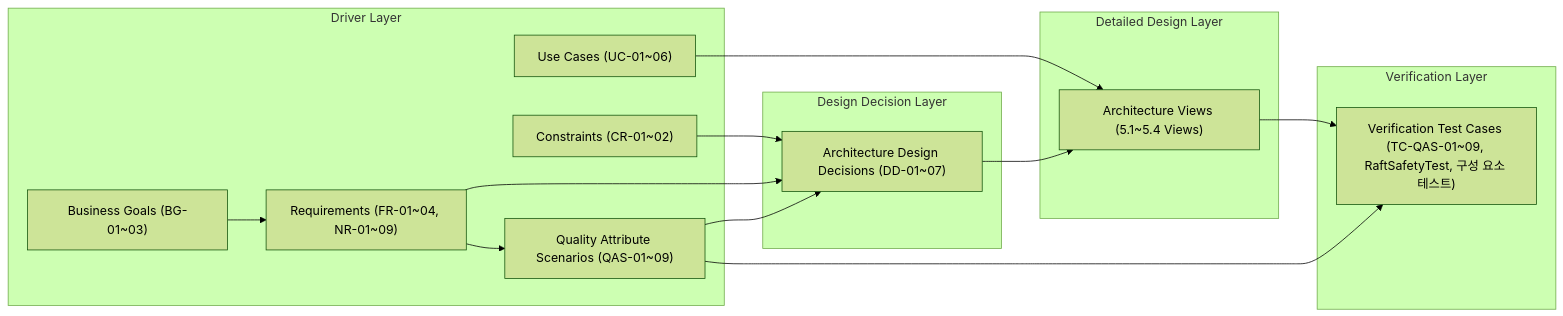
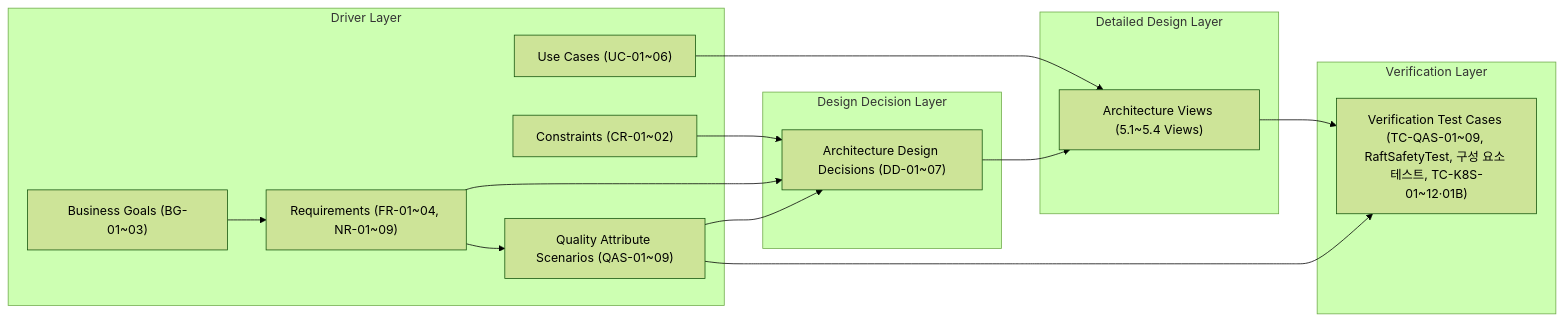
The diagram in ArchitectureSpecification/6. Architecture Evaluation/6.1 Traceability Summary.md (reddiana/a-cert), drawn with Mermaid (forest theme) before and after one commit. The commit also changed other lines of this file and 38 other files, not shown here.

````diff
--- a/ArchitectureSpecification/6. Architecture Evaluation/6.1 Traceability Summary.md
+++ b/ArchitectureSpecification/6. Architecture Evaluation/6.1 Traceability Summary.md
@@ -7,32 +7,32 @@
 ```mermaid
 flowchart LR
     subgraph "Driver Layer"
         BG["Business Goals (BG-01~03)"]
         CR["Constraints (CR-01~02)"]
         REQ["Requirements (FR-01~04, NR-01~09)"]
         UC["Use Cases (UC-01~06)"]
         QAS["Quality Attribute Scenarios (QAS-01~09)"]
     end
 
     subgraph "Design Decision Layer"
         DD["Architecture Design Decisions (DD-01~07)"]
     end
 
     subgraph "Detailed Design Layer"
         VIEWS["Architecture Views (5.1~5.4 Views)"]
     end
 
     subgraph "Verification Layer"
-        TC["Verification Test Cases (TC-QAS-01~09, RaftSafetyTest, 구성 요소 테스트)"]
+        TC["Verification Test Cases (TC-QAS-01~09, RaftSafetyTest, 구성 요소 테스트, TC-K8S-01~12·01B)"]
     end
 
     BG --> REQ
     CR --> DD
     REQ --> QAS
     REQ --> DD
     QAS --> DD
     UC --> VIEWS
     DD --> VIEWS
     VIEWS --> TC
     QAS --> TC
 ```
````
